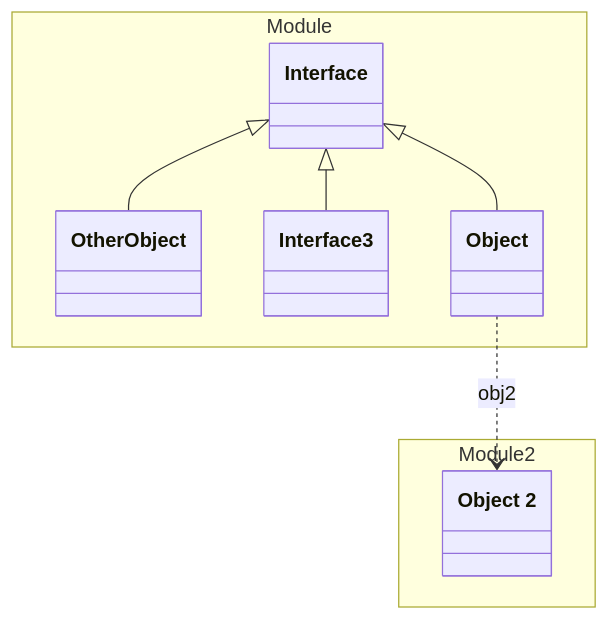
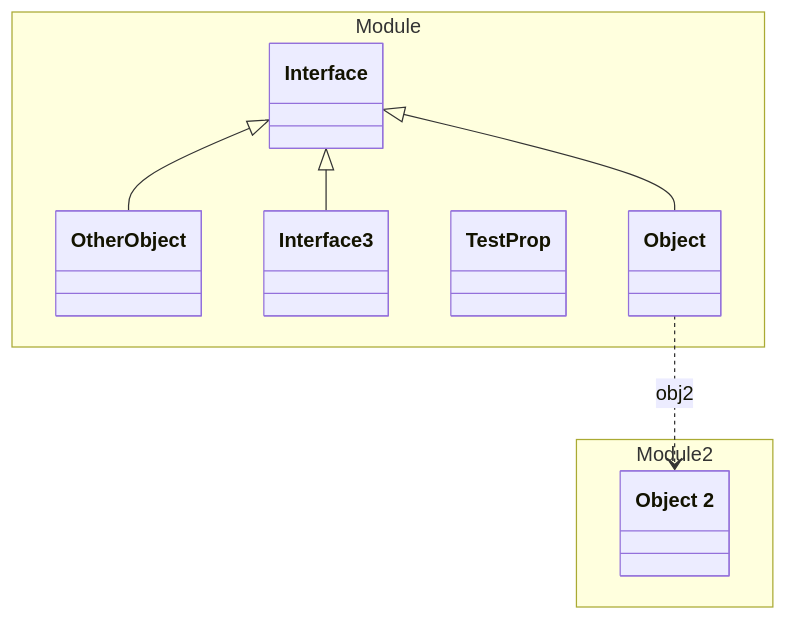
One commit to lizzyTheLizard/domain-schema-documentation changed the diagram in tests/java/expected/Module/README.md. Above: the diagram before and after it, drawn with Mermaid. The commit also changed 16 other files, not shown here.

````diff
--- a/tests/java/expected/Module/README.md
+++ b/tests/java/expected/Module/README.md
@@ -6,21 +6,23 @@
 ```mermaid
 classDiagram
 namespace Module {
   class _Module_Interface_yaml["Interface"]
   class OtherObject["OtherObject"]
   class Interface3["Interface3"]
+  class TestProp["TestProp"]
   class _Module_Object_yaml["Object"]
 }
 namespace Module 2 {
   class _Module2_Object2_yaml["Object 2"]
 }
 _Module_Interface_yaml <|-- _Module_Object_yaml 
 _Module_Interface_yaml <|-- OtherObject 
 _Module_Interface_yaml <|-- Interface3 
 _Module_Object_yaml ..> _Module2_Object2_yaml :obj2
 click _Module_Interface_yaml href "./Interface.yaml.html" "Interface"
 click OtherObject href "./Interface.yaml.html" "Interface"
 click Interface3 href "./Interface.yaml.html" "Interface"
+click TestProp href "./Interface.yaml.html" "Interface"
 click _Module_Object_yaml href "./Object.yaml.html" "Object"
 click _Module2_Object2_yaml href "../Module2/Object2.yaml.html" "Object 2"
 ```
````
